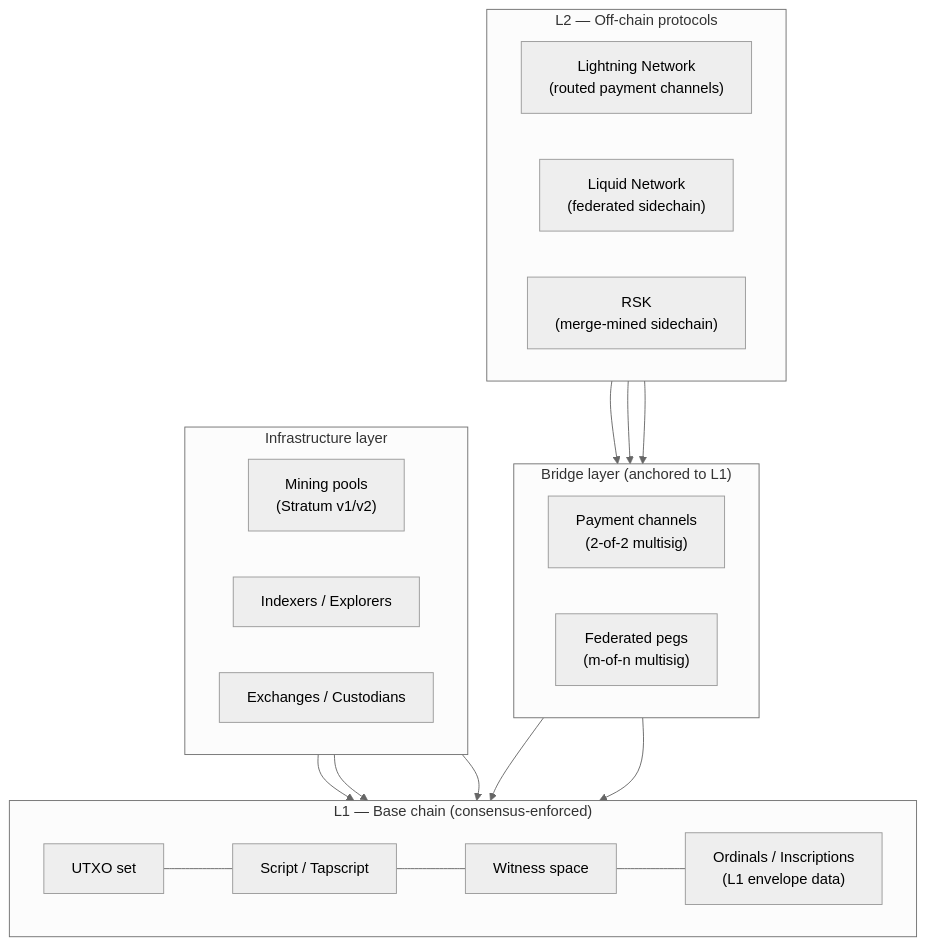
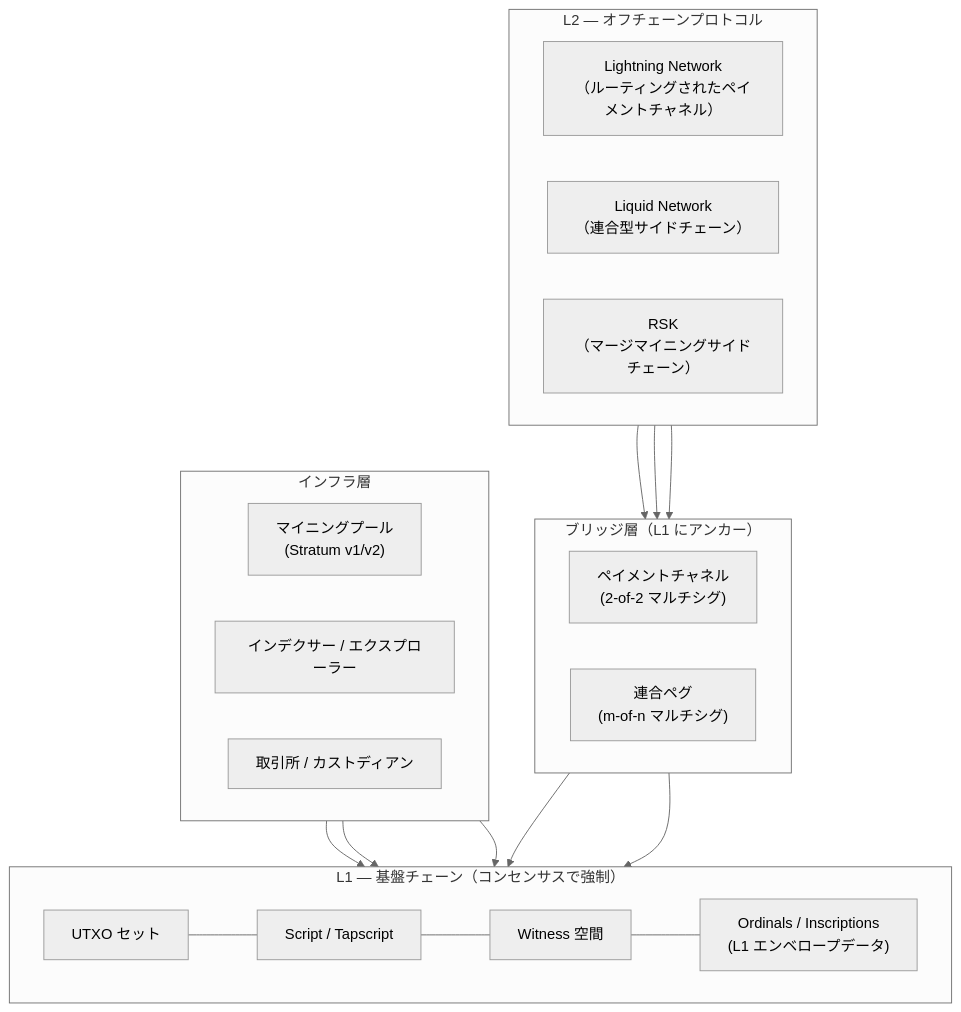
The first of 6 diagrams in src/data/translations/ja/design/2009-01-03-bitcoin-ecosystem-design.md (cypher256/BitcoinArchive), drawn with Mermaid (neutral theme) before and after one commit. The commit also changed other lines of this file and 11 other files, not shown here.

````diff
--- a/src/data/translations/ja/design/2009-01-03-bitcoin-ecosystem-design.md
+++ b/src/data/translations/ja/design/2009-01-03-bitcoin-ecosystem-design.md
@@ -44,45 +44,45 @@
 ```mermaid
 graph TB
-    subgraph L1["L1 — Base chain (consensus-enforced)"]
+    subgraph L1["L1 — 基盤チェーン（コンセンサスで強制）"]
         direction LR
-        UTXO["UTXO set"]
+        UTXO["UTXO セット"]
         SCRIPT["Script / Tapscript"]
-        WITNESS["Witness space"]
-        ORD["Ordinals / Inscriptions<br/>(L1 envelope data)"]
+        WITNESS["Witness 空間"]
+        ORD["Ordinals / Inscriptions<br/>(L1 エンベロープデータ)"]
     end
 
-    subgraph BRIDGE["Bridge layer (anchored to L1)"]
+    subgraph BRIDGE["ブリッジ層（L1 にアンカー）"]
         direction LR
-        CHAN["Payment channels<br/>(2-of-2 multisig)"]
-        PEG["Federated pegs<br/>(m-of-n multisig)"]
+        CHAN["ペイメントチャネル<br/>(2-of-2 マルチシグ)"]
+        PEG["連合ペグ<br/>(m-of-n マルチシグ)"]
     end
 
-    subgraph L2["L2 — Off-chain protocols"]
+    subgraph L2["L2 — オフチェーンプロトコル"]
         direction LR
-        LN["Lightning Network<br/>(routed payment channels)"]
-        LIQUID["Liquid Network<br/>(federated sidechain)"]
-        RSK["RSK<br/>(merge-mined sidechain)"]
+        LN["Lightning Network<br/>（ルーティングされたペイメントチャネル）"]
+        LIQUID["Liquid Network<br/>（連合型サイドチェーン）"]
+        RSK["RSK<br/>（マージマイニングサイドチェーン）"]
     end
 
-    subgraph INFRA["Infrastructure layer"]
+    subgraph INFRA["インフラ層"]
         direction LR
-        POOL["Mining pools<br/>(Stratum v1/v2)"]
-        INDEX["Indexers / Explorers"]
-        EXCHANGE["Exchanges / Custodians"]
+        POOL["マイニングプール<br/>(Stratum v1/v2)"]
+        INDEX["インデクサー / エクスプローラー"]
+        EXCHANGE["取引所 / カストディアン"]
     end
 
     UTXO --- SCRIPT
     SCRIPT --- WITNESS
     WITNESS --- ORD
 
     CHAN --> UTXO
     PEG --> UTXO
 
     LN --> CHAN
     LIQUID --> PEG
     RSK --> PEG
 
     POOL --> L1
     INDEX --> L1
     EXCHANGE --> L1
 ```
````
